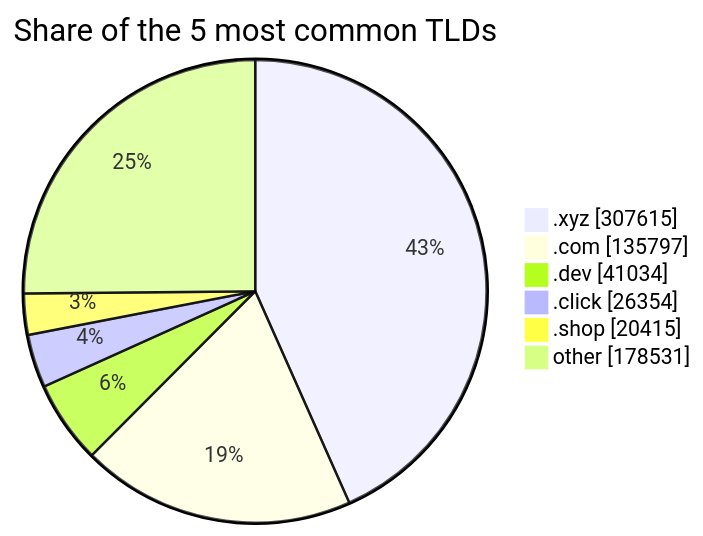
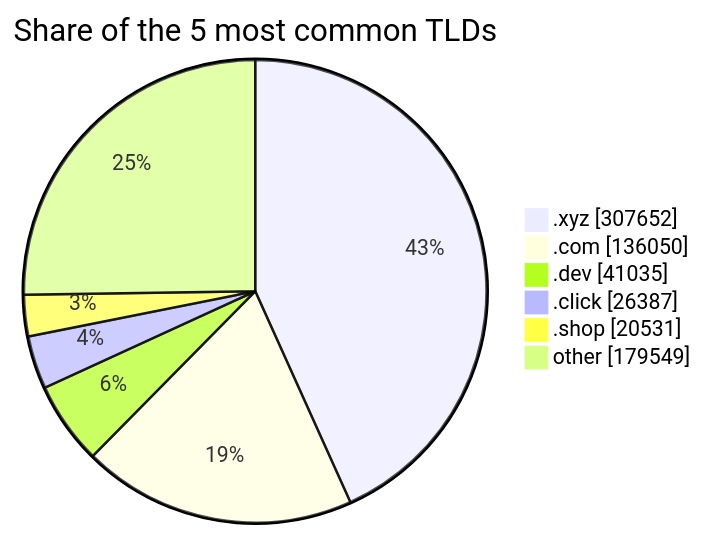
The third of 3 diagrams in README.md (DNSBunker/CTI), drawn with Mermaid before and after one commit. The commit also changed other lines of this file and 3 other files, not shown here.

````diff
--- a/README.md
+++ b/README.md
@@ -81,9 +81,9 @@
 ```mermaid
 pie showData title Share of the 5 most common TLDs
-    ".xyz" : 307615
-    ".com" : 135797
-    ".dev" : 41034
-    ".click" : 26354
-    ".shop" : 20415
-    "other" : 178531
+    ".xyz" : 307652
+    ".com" : 136050
+    ".dev" : 41035
+    ".click" : 26387
+    ".shop" : 20531
+    "other" : 179549
 ```
````
